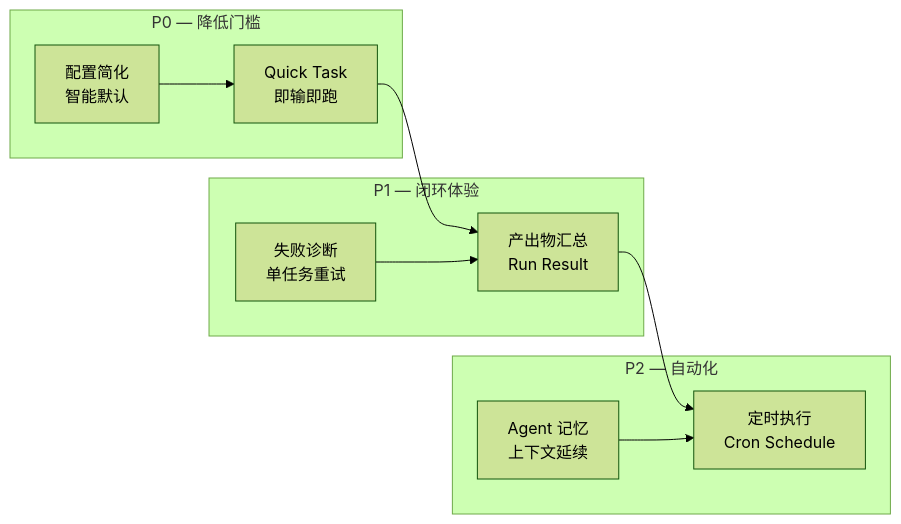
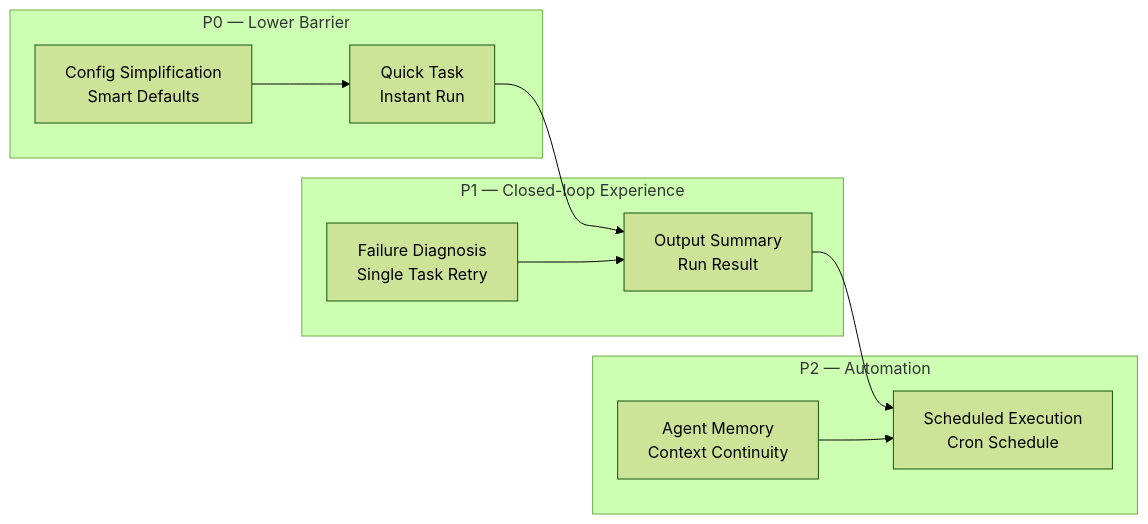
Before and after one commit to lchaoer/Polygents: the first of 2 diagrams in docs/plans/2026-04-06-phase3-features.md, drawn with Mermaid (forest theme). The commit also changed other lines of this file and 4 other files, not shown here.

````diff
--- a/docs/plans/2026-04-06-phase3-features.md
+++ b/docs/plans/2026-04-06-phase3-features.md
@@ -13,23 +13,23 @@
 ```mermaid
 graph LR
-    subgraph "P0 — 降低门槛"
-        A[Quick Task<br/>即输即跑] 
-        B[配置简化<br/>智能默认]
+    subgraph "P0 — Lower Barrier"
+        A[Quick Task<br/>Instant Run] 
+        B[Config Simplification<br/>Smart Defaults]
     end
 
-    subgraph "P1 — 闭环体验"
-        C[产出物汇总<br/>Run Result]
-        D[失败诊断<br/>单任务重试]
+    subgraph "P1 — Closed-loop Experience"
+        C[Output Summary<br/>Run Result]
+        D[Failure Diagnosis<br/>Single Task Retry]
     end
 
-    subgraph "P2 — 自动化"
-        E[定时执行<br/>Cron Schedule]
-        F[Agent 记忆<br/>上下文延续]
+    subgraph "P2 — Automation"
+        E[Scheduled Execution<br/>Cron Schedule]
+        F[Agent Memory<br/>Context Continuity]
     end
 
     A --> C
     B --> A
     C --> E
     D --> C
     F --> E
 ```
````
